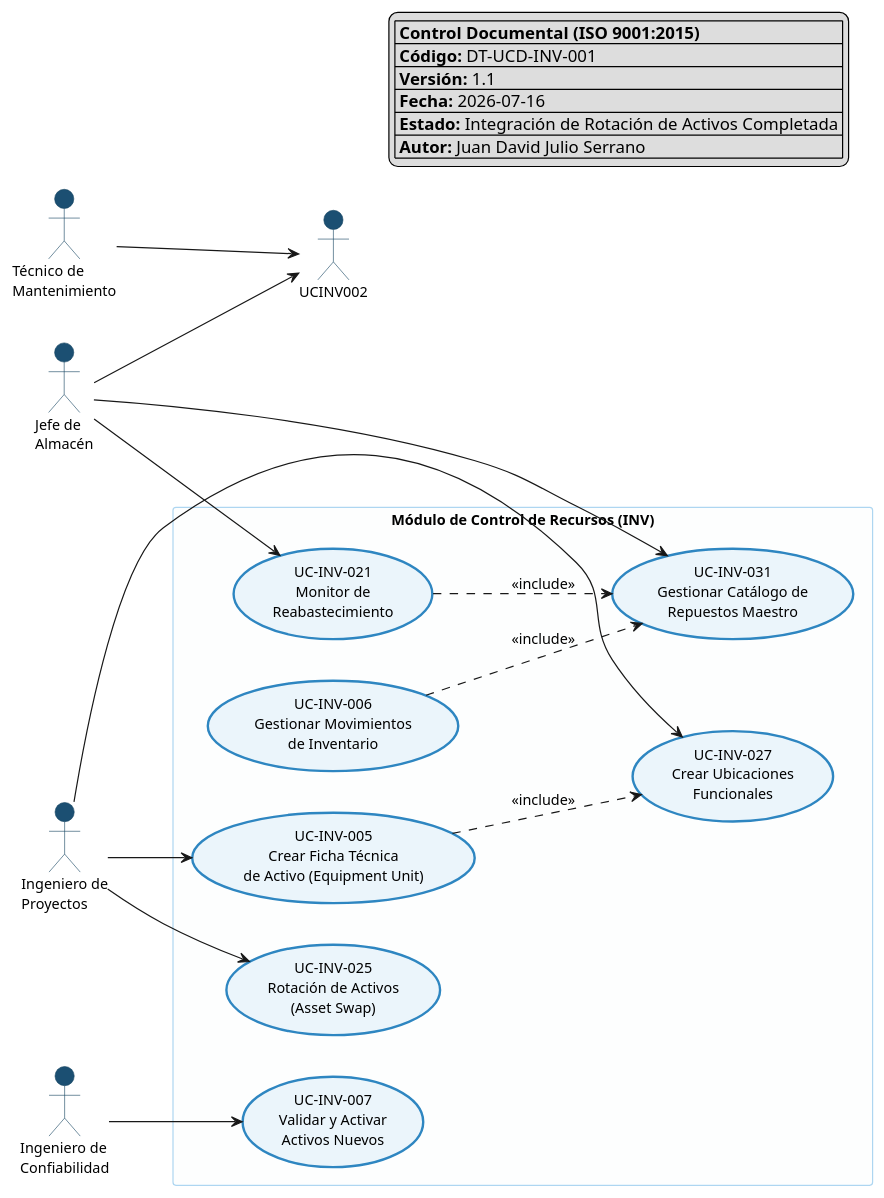
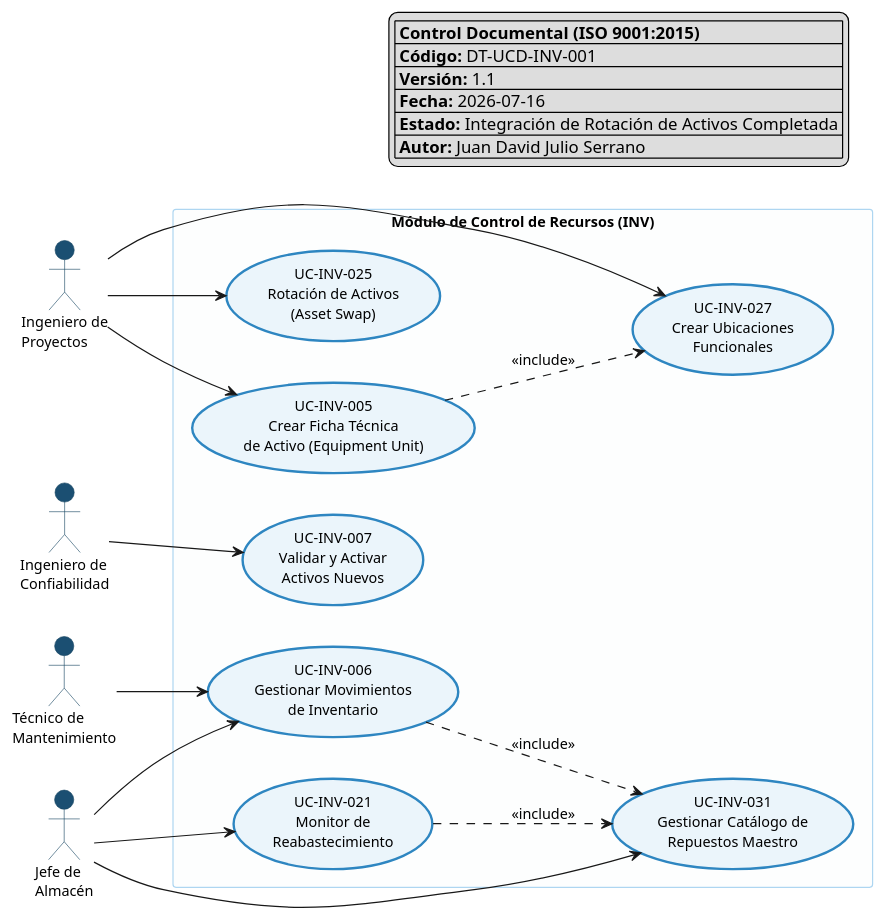
Before and after one commit to Novav20/adso-dteam-docs: the diagram in domain-models/use-cases/inv/inv-use-cases.puml, drawn with PlantUML.

Commit message:
docs(use-cases): update actor relationships for inventory use cases

```diff
--- a/domain-models/use-cases/inv/inv-use-cases.puml
+++ b/domain-models/use-cases/inv/inv-use-cases.puml
@@ -1,73 +1,73 @@
 @startuml INV-UseCases
 skinparam packageStyle rectangle
 left to right direction
 
 ' --- CONFIGURACIÓN VISUAL ---
 skinparam usecase {
   BackgroundColor #EBF5FB
   BorderColor #2E86C1
   BorderThickness 2
   FontName Segoe UI
   FontSize 12
 }
 skinparam actor {
   BackgroundColor #1B4F72
   BorderColor #154360
   FontName Segoe UI
   FontSize 11
 }
 skinparam package {
   BackgroundColor #FDFEFE
   BorderColor #AED6F1
   FontName Segoe UI
   FontSize 13
   FontStyle bold
 }
 skinparam defaultFontName "Segoe UI"
 skinparam defaultFontSize 12
 
 legend top right
 |= Control Documental (ISO 9001:2015) |
 | **Código:** DT-UCD-INV-001 |
 | **Versión:** 1.1 |
 | **Fecha:** 2026-07-16 |
 | **Estado:** Integración de Rotación de Activos Completada |
 | **Autor:** Juan David Julio Serrano |
 endlegend
 
 ' --- ACTORES ---
 actor "Jefe de\nAlmacén" as JefeAlmacen #1B4F72
 actor "Ingeniero de\nProyectos" as IngenieroProyectos #1B4F72
 actor "Ingeniero de\nConfiabilidad" as IngenieroConfiabilidad #1B4F72
 actor "Técnico de\nMantenimiento" as Tecnico #1B4F72
 
 ' --- PAQUETE PRINCIPAL ---
 package "Módulo de Control de Recursos (INV)" {
 
   usecase "UC-INV-005\nCrear Ficha Técnica\nde Activo (Equipment Unit)" as UCINV005 #EBF5FB
   usecase "UC-INV-006\nGestionar Movimientos\nde Inventario" as UCINV006 #EBF5FB
   usecase "UC-INV-007\nValidar y Activar\nActivos Nuevos" as UCINV007 #EBF5FB
   usecase "UC-INV-021\nMonitor de\nReabastecimiento" as UCINV021 #EBF5FB
   usecase "UC-INV-025\nRotación de Activos\n(Asset Swap)" as UCINV025 #EBF5FB
   usecase "UC-INV-027\nCrear Ubicaciones\nFuncionales" as UCINV027 #EBF5FB
   usecase "UC-INV-031\nGestionar Catálogo de\nRepuestos Maestro" as UCINV031 #EBF5FB
 }
 
 ' --- RELACIONES ACTOR - CASO DE USO ---
 IngenieroProyectos --> UCINV005
 IngenieroProyectos --> UCINV027
 IngenieroProyectos --> UCINV025
 
-JefeAlmacen --> UCINV002
+JefeAlmacen --> UCINV006
 JefeAlmacen --> UCINV021
 JefeAlmacen --> UCINV031
 
 IngenieroConfiabilidad --> UCINV007
-Tecnico --> UCINV002
+Tecnico --> UCINV006
 
 ' --- RELACIONES INTER-CASOS DE USO (Include/Extend) ---
 UCINV005 ..> UCINV027 : <<include>>
 UCINV006 ..> UCINV031 : <<include>>
 UCINV021 ..> UCINV031 : <<include>>
 
 @enduml
```
